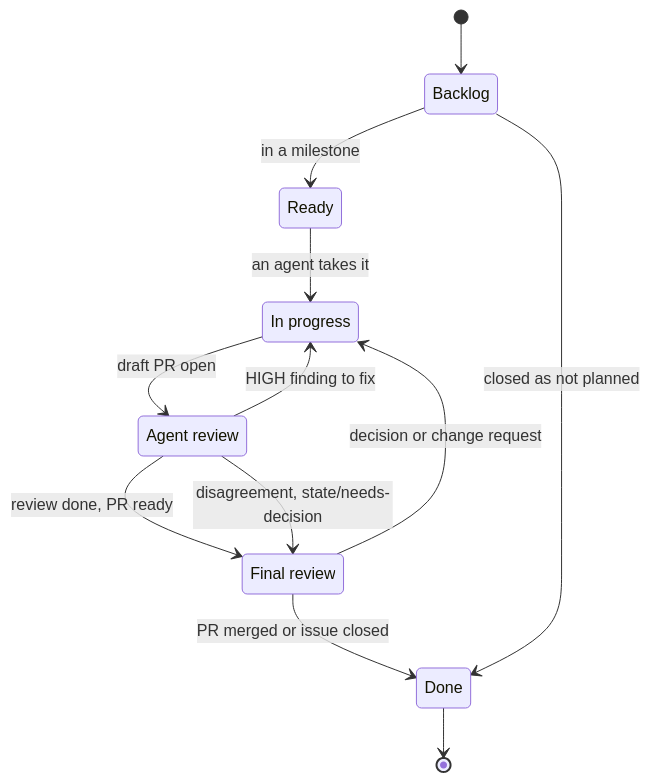
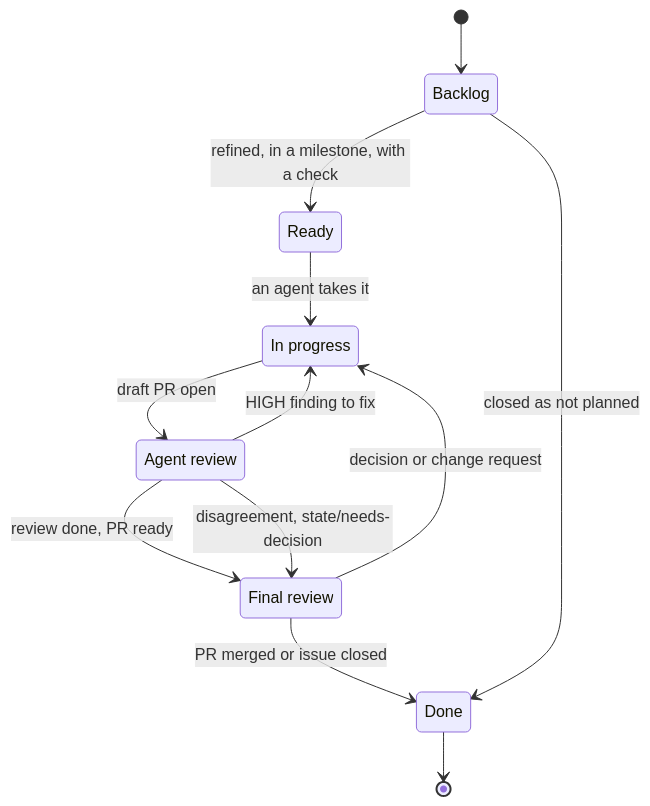
One commit to gsuquet/homelab changed the diagram in docs/reference/how-we-work.md. Above: the diagram before and after it, drawn with Mermaid. The commit also changed other lines of this file and 3 other files, not shown here.

````diff
--- a/docs/reference/how-we-work.md
+++ b/docs/reference/how-we-work.md
@@ -46,17 +46,17 @@
 ```mermaid
 stateDiagram-v2
     state "In progress" as InProgress
     state "Agent review" as AgentReview
     state "Final review" as FinalReview
     [*] --> Backlog
-    Backlog --> Ready: in a milestone
+    Backlog --> Ready: refined, in a milestone, with a check
     Ready --> InProgress: an agent takes it
     InProgress --> AgentReview: draft PR open
     AgentReview --> InProgress: HIGH finding to fix
     AgentReview --> FinalReview: review done, PR ready
     AgentReview --> FinalReview: disagreement, state/needs-decision
     FinalReview --> InProgress: decision or change request
     FinalReview --> Done: PR merged or issue closed
     Backlog --> Done: closed as not planned
     Done --> [*]
 ```
````
